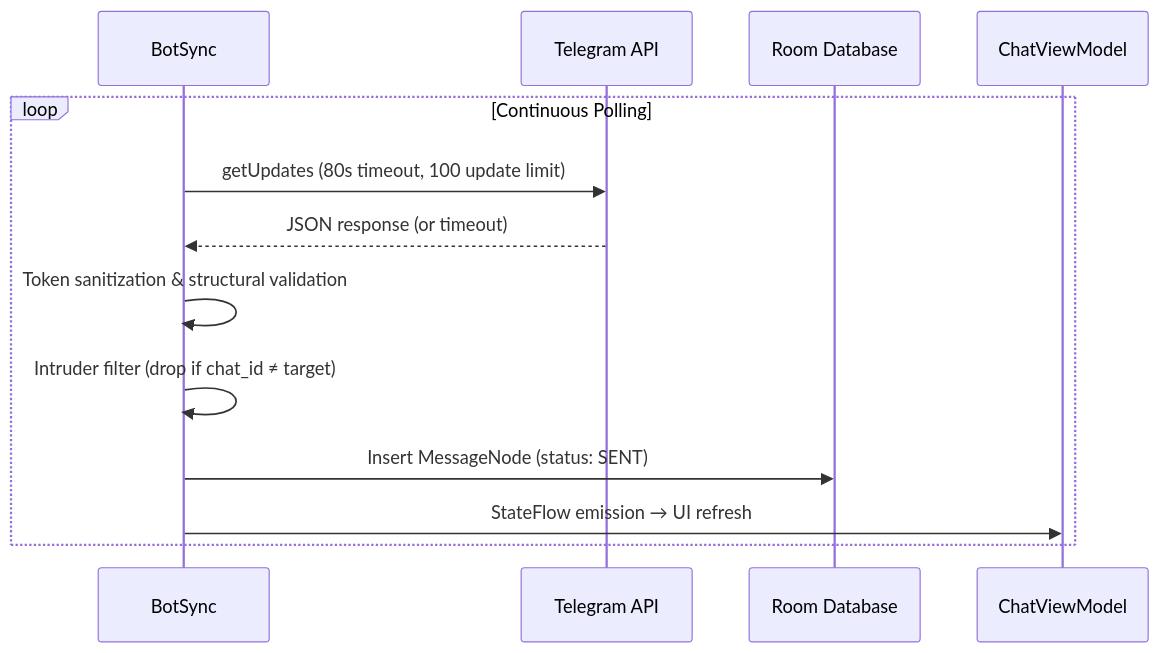
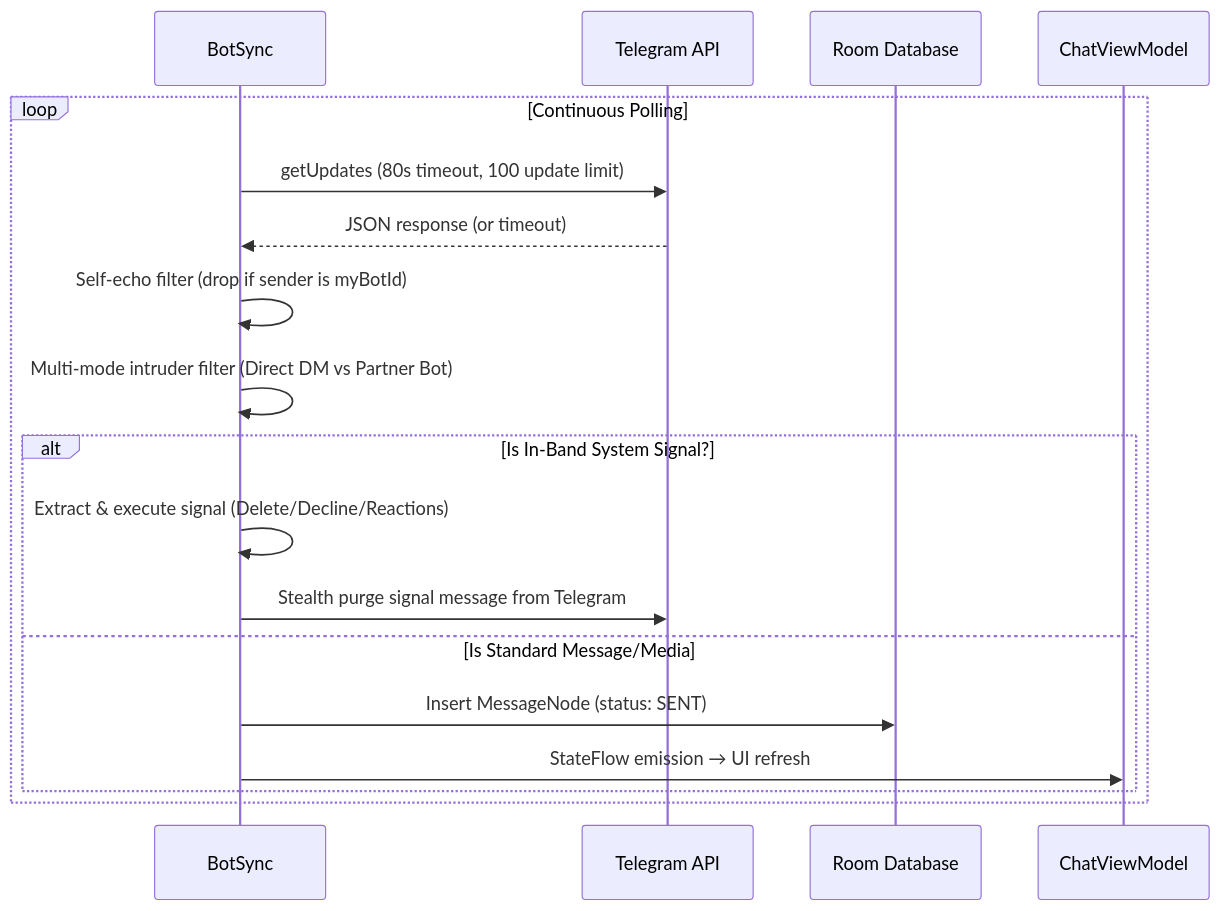
One commit to sandeshsahu/superiorchat changed the first of 4 diagrams in docs/Backend.md. Above: the diagram before and after it, drawn with Mermaid. The commit also changed other lines of this file and 20 other files, not shown here.

First line of the commit message:
Version 1.0.4 Documentation Overhaul, Dual-Mode Setup Guides, and Architecture Realignment

````diff
--- a/docs/Backend.md
+++ b/docs/Backend.md
@@ -34,16 +35,21 @@
 ```mermaid
 sequenceDiagram
     participant BS as BotSync
     participant TG as Telegram API
     participant DB as Room Database
     participant UI as ChatViewModel
 
     loop Continuous Polling
         BS->>TG: getUpdates (80s timeout, 100 update limit)
         TG-->>BS: JSON response (or timeout)
-        BS->>BS: Token sanitization & structural validation
-        BS->>BS: Intruder filter (drop if chat_id ≠ target)
-        BS->>DB: Insert MessageNode (status: SENT)
-        BS->>UI: StateFlow emission → UI refresh
+        BS->>BS: Self-echo filter (drop if sender is myBotId)
+        BS->>BS: Multi-mode intruder filter (Direct DM vs Partner Bot)
+        alt Is In-Band System Signal?
+            BS->>BS: Extract & execute signal (Delete/Decline/Reactions)
+            BS->>TG: Stealth purge signal message from Telegram
+        else Is Standard Message/Media
+            BS->>DB: Insert MessageNode (status: SENT)
+            BS->>UI: StateFlow emission → UI refresh
+        end
     end
 ```
````
